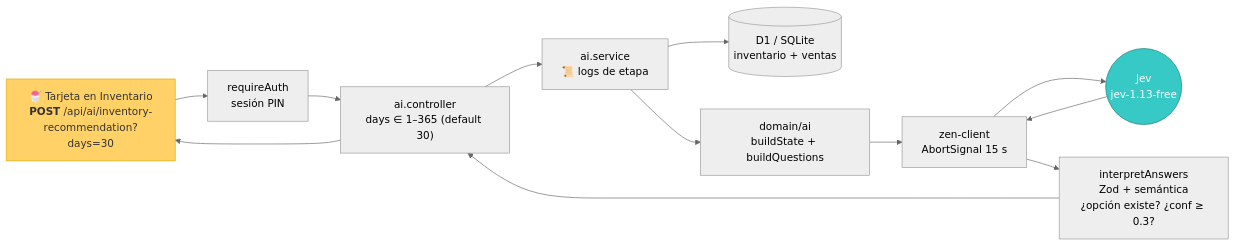
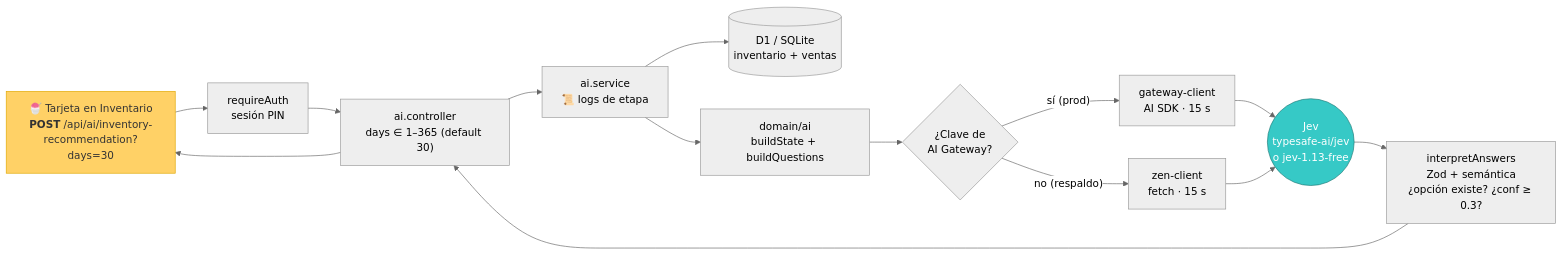
Before and after one commit to carlosrenatohr/nalu-app: the second of 5 diagrams in docs/JEV.md, drawn with Mermaid (neutral theme). The commit also changed other lines of this file and 2 other files, not shown here.

Commit message:
docs: document Jev gateway migration and alternatives

````diff
--- a/docs/JEV.md
+++ b/docs/JEV.md
@@ -43,17 +43,19 @@
 ```mermaid
 flowchart LR
     UI["🍧 Tarjeta en Inventario<br/><b>POST</b> /api/ai/inventory-recommendation?days=30"] --> Auth["requireAuth<br/>sesión PIN"]
     Auth --> Ctrl["ai.controller<br/>days ∈ 1–365 (default 30)"]
     Ctrl --> Svc["ai.service<br/>📜 logs de etapa"]
     Svc --> DB[("D1 / SQLite<br/>inventario + ventas")]
     Svc --> Dom["domain/ai<br/>buildState + buildQuestions"]
-    Dom --> Zen["zen-client<br/>AbortSignal 15 s"]
-    Zen --> Jev(("Jev<br/>jev-1.13-free"))
-    Jev --> Zen
-    Zen --> Val["interpretAnswers<br/>Zod + semántica<br/>¿opción existe? ¿conf ≥ 0.3?"]
+    Dom --> Sel{"¿Clave de<br/>AI Gateway?"}
+    Sel -- sí (prod) --> GW["gateway-client<br/>AI SDK · 15 s"]
+    Sel -- no (respaldo) --> Zen["zen-client<br/>fetch · 15 s"]
+    GW --> Jev(("Jev<br/>typesafe-ai/jev<br/>o jev-1.13-free"))
+    Zen --> Jev
+    Jev --> Val["interpretAnswers<br/>Zod + semántica<br/>¿opción existe? ¿conf ≥ 0.3?"]
     Val --> Ctrl
     Ctrl --> UI
 
     style Jev fill:#36C9C6,stroke:#1F7A78,color:#fff
     style UI fill:#FFD166,stroke:#E0A800,color:#333
 ```
````
